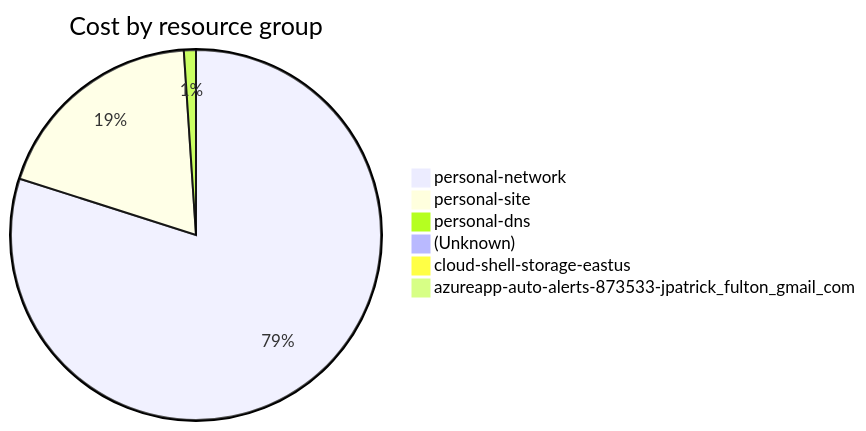
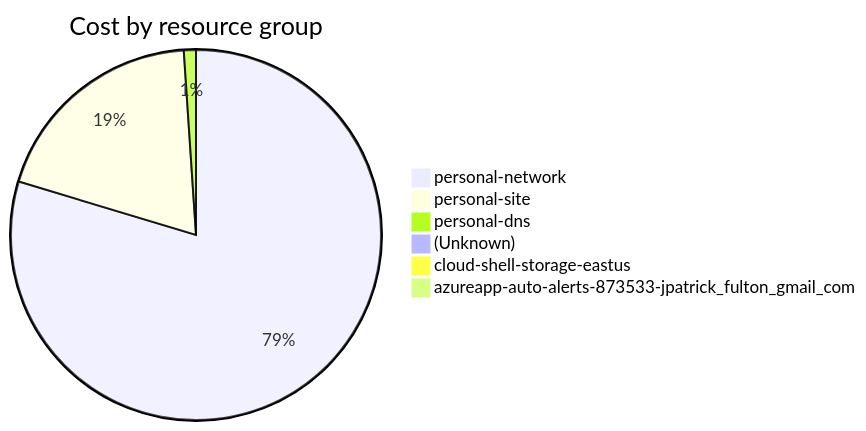
The fourth of 4 diagrams in cost-reports/accumulated-cost.md (jpfulton/azure-personal-reports), drawn with Mermaid before and after one commit. The commit also changed other lines of this file and 4 other files, not shown here.

````diff
--- a/cost-reports/accumulated-cost.md
+++ b/cost-reports/accumulated-cost.md
@@ -154,10 +154,10 @@
 ```mermaid
 pie
    title Cost by resource group
-   "personal-network" : 19.74
-   "personal-site" : 4.70
-   "personal-dns" : 0.26
-   "(Unknown)" : 0.20
-   "cloud-shell-storage-eastus" : 0.08
+   "personal-network" : 21.90
+   "personal-site" : 5.30
+   "personal-dns" : 0.29
+   "(Unknown)" : 0.22
+   "cloud-shell-storage-eastus" : 0.09
    "azureapp-auto-alerts-873533-jpatrick_fulton_gmail_com" : 0.00
 ```
````
